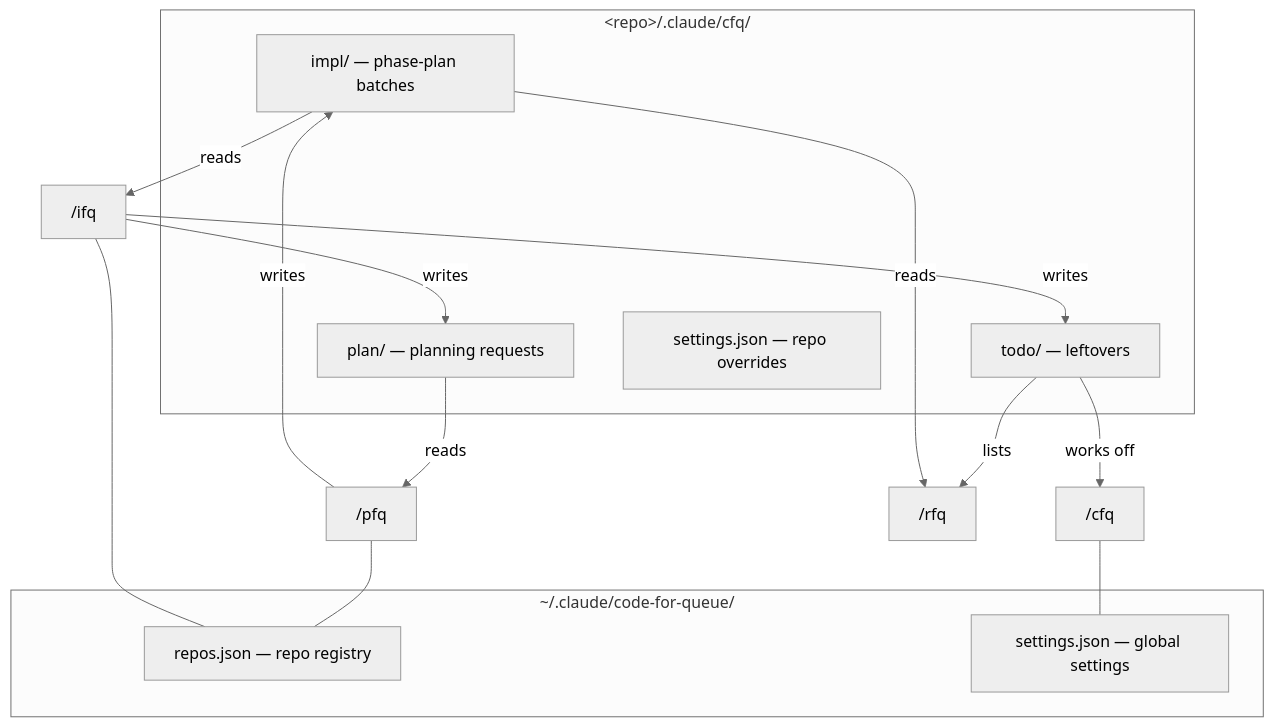
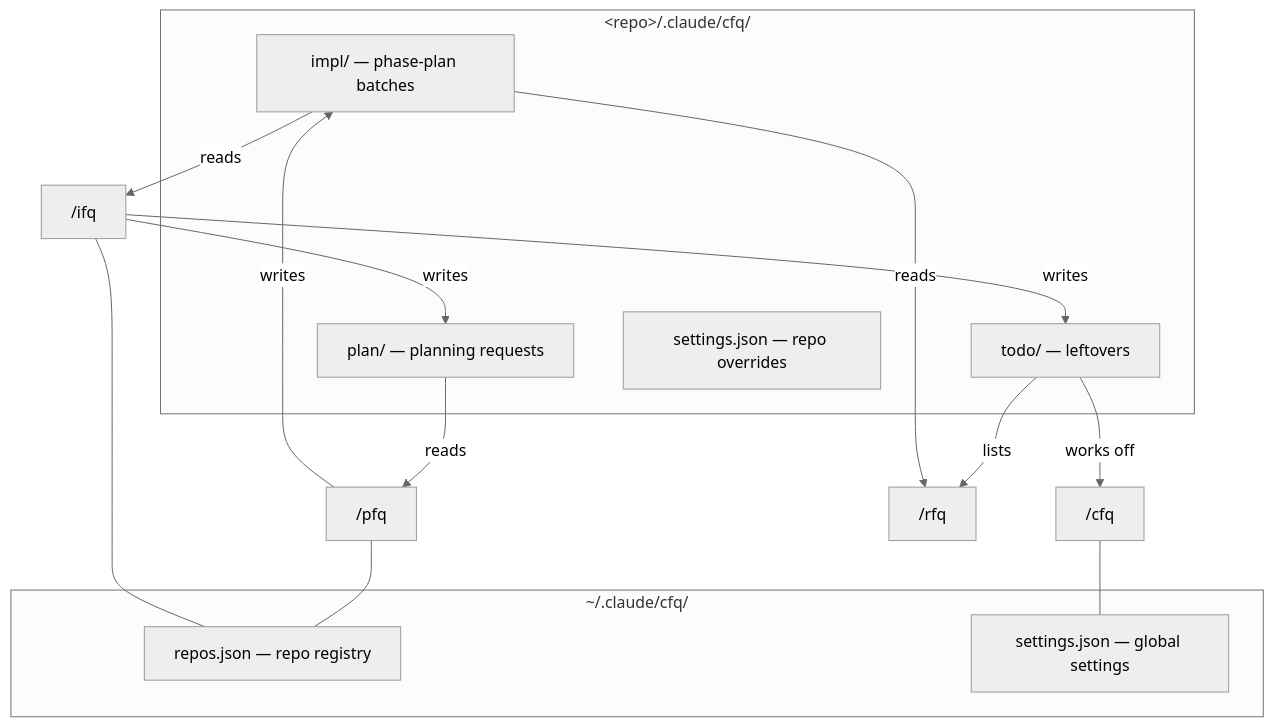
One commit to gumbaldi/magicbox changed the third of 4 diagrams in claude/plugins/cfq/README.md. Above: the diagram before and after it, drawn with Mermaid (neutral theme). The commit also changed other lines of this file and 13 other files, not shown here.

````diff
--- a/claude/plugins/cfq/README.md
+++ b/claude/plugins/cfq/README.md
@@ -169,24 +169,24 @@
 ```mermaid
 flowchart TB
   subgraph repo["&lt;repo&gt;/.claude/cfq/"]
     impl["impl/ — phase-plan batches"]
     plan["plan/ — planning requests"]
     todo["todo/ — leftovers"]
     rset["settings.json — repo overrides"]
   end
-  subgraph home["~/.claude/code-for-queue/"]
+  subgraph home["~/.claude/cfq/"]
     reg["repos.json — repo registry"]
     set["settings.json — global settings"]
   end
   pfq["/pfq"] -->|writes| impl
   plan -->|reads| pfq
   impl -->|reads| ifq["/ifq"]
   ifq -->|writes| plan
   ifq -->|writes| todo
   todo -->|works off| cfq["/cfq"]
   todo -->|lists| rfq["/rfq"]
   impl -->|reads| rfq
   pfq --- reg
   ifq --- reg
   cfq --- set
 ```
````
